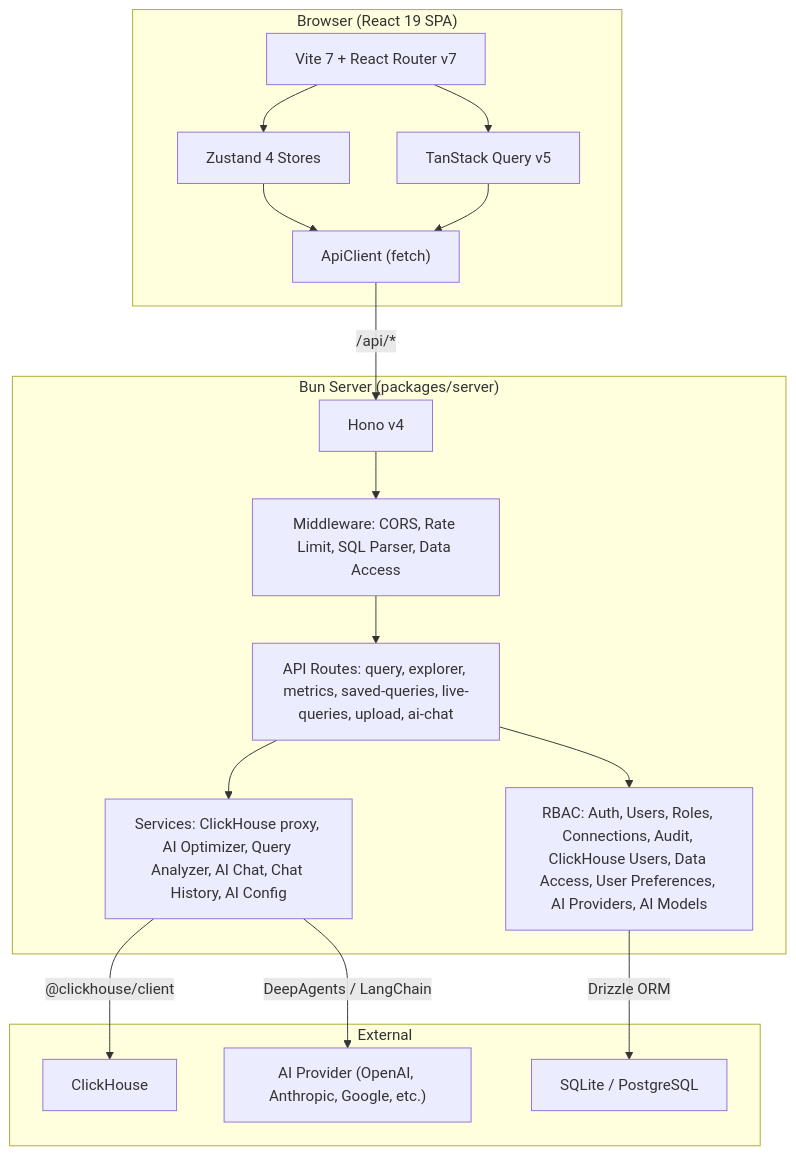
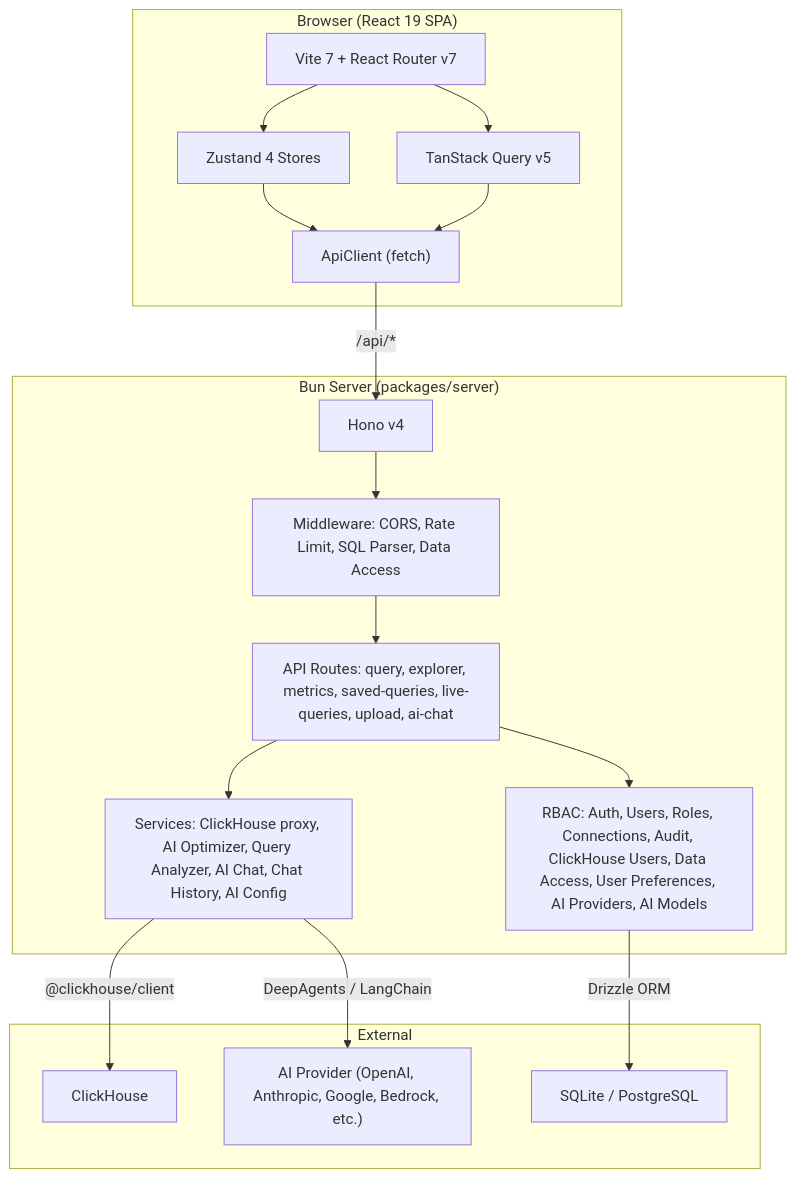
Before and after one commit to daun-gatal/chouse-ui: the diagram in README.md, drawn with Mermaid. The commit also changed other lines of this file and 17 other files, not shown here.

````diff
--- a/README.md
+++ b/README.md
@@ -307,32 +307,32 @@
 ```mermaid
 graph TB
     subgraph Browser["Browser (React 19 SPA)"]
         UI["Vite 7 + React Router v7"]
         Stores["Zustand 4 Stores"]
         RQ["TanStack Query v5"]
         ApiClient["ApiClient (fetch)"]
     end
 
     subgraph Server["Bun Server (packages/server)"]
         Hono["Hono v4"]
         MW["Middleware: CORS, Rate Limit, SQL Parser, Data Access"]
         Routes["API Routes: query, explorer, metrics, saved-queries, live-queries, upload, ai-chat"]
         Services["Services: ClickHouse proxy, AI Optimizer, Query Analyzer, AI Chat, Chat History, AI Config"]
         RBAC["RBAC: Auth, Users, Roles, Connections, Audit, ClickHouse Users, Data Access, User Preferences, AI Providers, AI Models"]
     end
 
     subgraph External["External"]
         CH["ClickHouse"]
-        AI["AI Provider (OpenAI, Anthropic, Google, etc.)"]
+        AI["AI Provider (OpenAI, Anthropic, Google, Bedrock, etc.)"]
         DB["SQLite / PostgreSQL"]
     end
 
     UI --> Stores --> ApiClient
     UI --> RQ --> ApiClient
     ApiClient -->|"/api/*"| Hono
     Hono --> MW --> Routes --> Services
     Routes --> RBAC
     Services -->|"@clickhouse/client"| CH
     Services -->|"DeepAgents / LangChain"| AI
     RBAC -->|"Drizzle ORM"| DB
 ```
````
